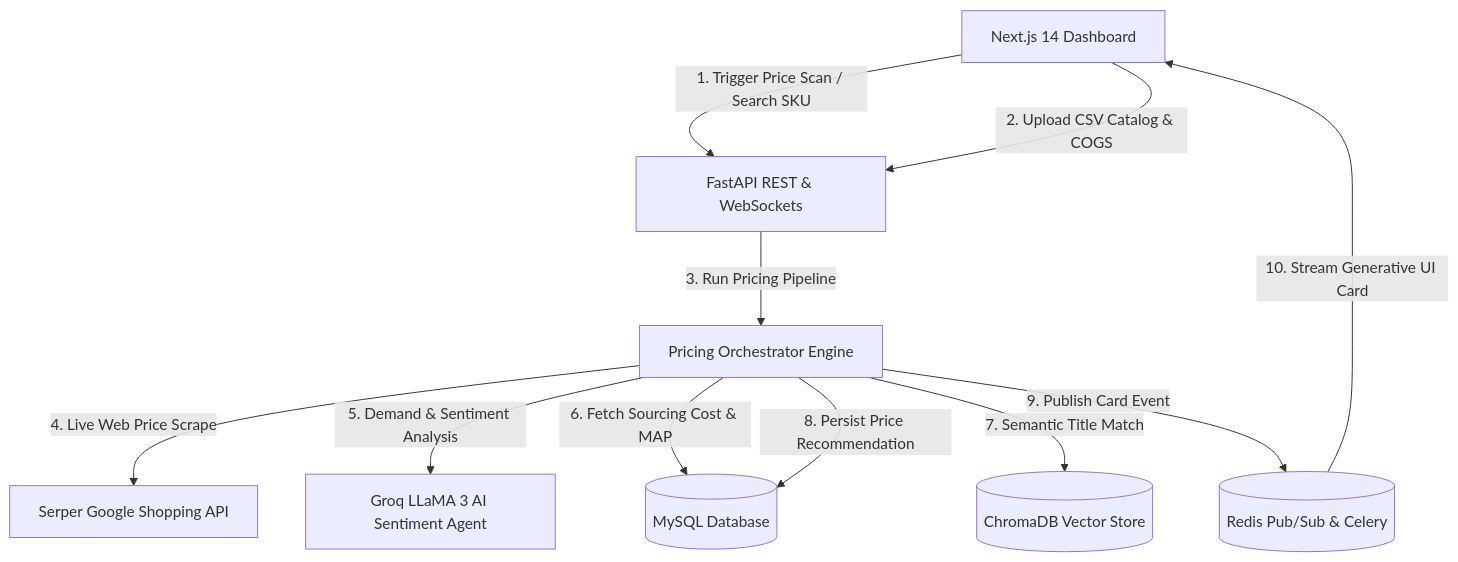
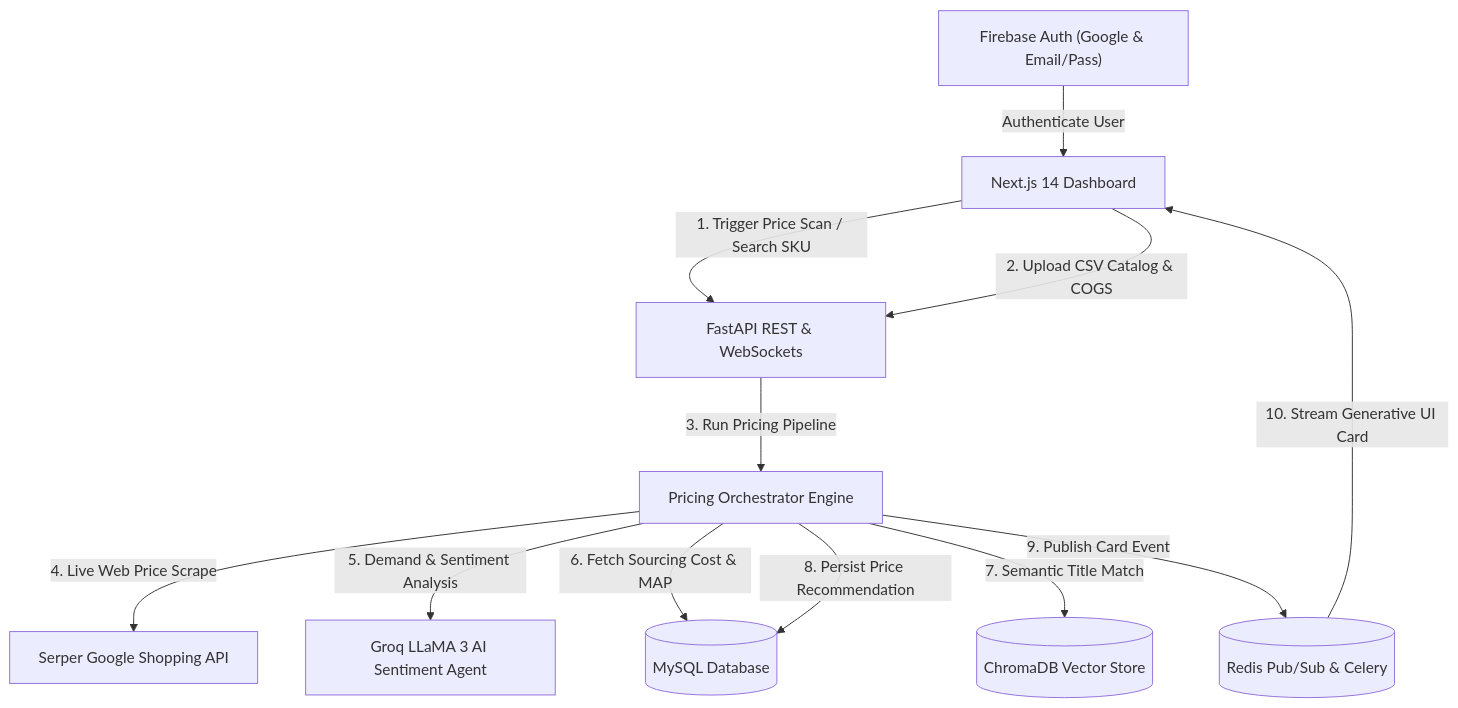
One commit to Vansh-2102/Autonomous-E-Commerce-Competitive-Intelligence-Dynamic-Pricing-Engine changed the diagram in README.md. Above: the diagram before and after it, drawn with Mermaid. The commit also changed other lines of this file and 19 other files, not shown here.

Commit message:
feat: add Firebase Google OAuth & Email/Password login, route middleware protection, persistent price approvals, and updated documentation

````diff
--- a/README.md
+++ b/README.md
@@ -22,22 +23,24 @@
 ```mermaid
 graph TD
+    Auth["Firebase Auth (Google & Email/Pass)"]
     UI["Next.js 14 Dashboard"]
     API["FastAPI REST & WebSockets"]
     Orchestrator["Pricing Orchestrator Engine"]
     Serper["Serper Google Shopping API"]
     Groq["Groq LLaMA 3 AI Sentiment Agent"]
     MySQL[("MySQL Database")]
     Redis[("Redis Pub/Sub & Celery")]
     Chroma[("ChromaDB Vector Store")]
 
+    Auth -->|Authenticate User| UI
     UI -->|1. Trigger Price Scan / Search SKU| API
     UI -->|2. Upload CSV Catalog & COGS| API
     API -->|3. Run Pricing Pipeline| Orchestrator
     Orchestrator -->|4. Live Web Price Scrape| Serper
     Orchestrator -->|5. Demand & Sentiment Analysis| Groq
     Orchestrator -->|6. Fetch Sourcing Cost & MAP| MySQL
     Orchestrator -->|7. Semantic Title Match| Chroma
     Orchestrator -->|8. Persist Price Recommendation| MySQL
     Orchestrator -->|9. Publish Card Event| Redis
     Redis -->|10. Stream Generative UI Card| UI
 ```
````
